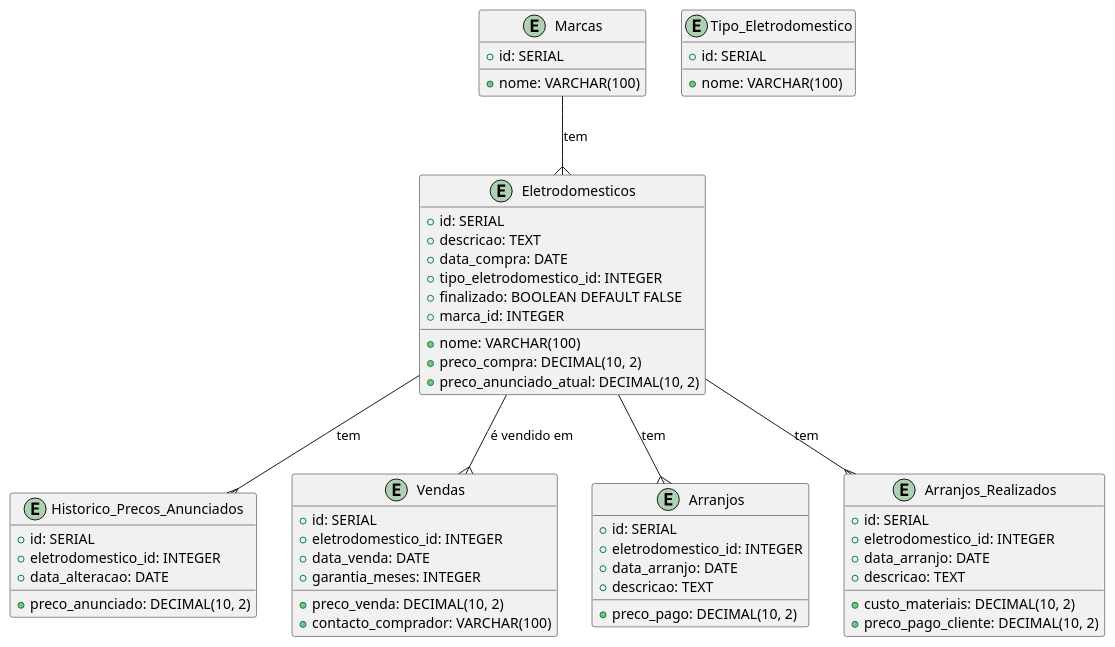
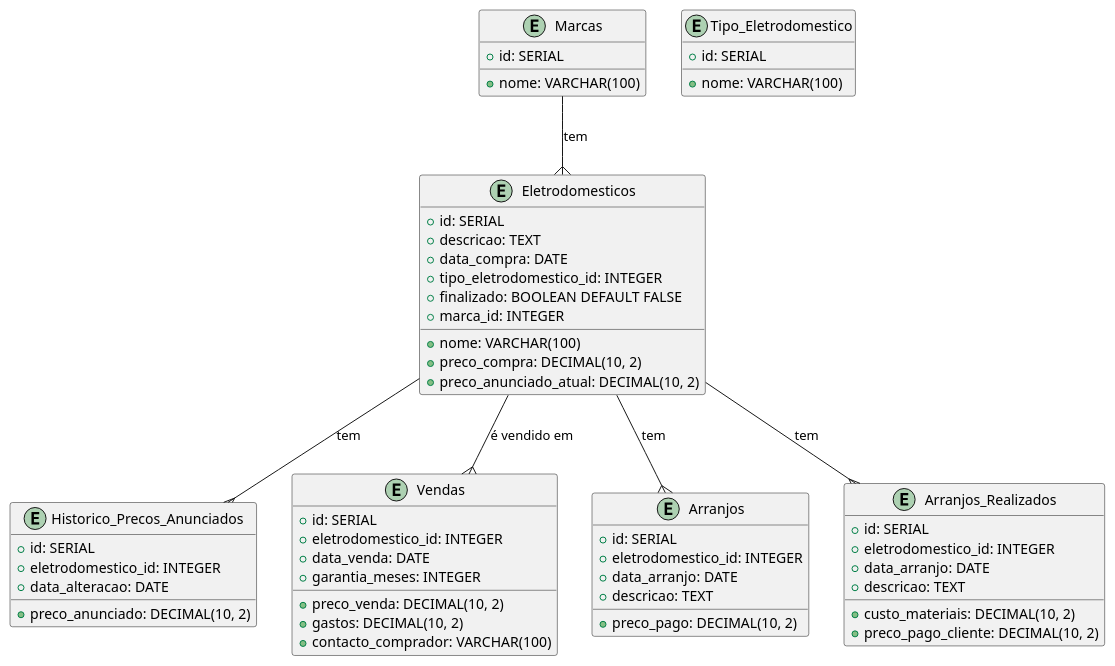
The diagram in docs/dominio/dominio.puml (1191830/machineStockControl), drawn with PlantUML before and after one commit. The commit also changed 12 other files, not shown here.

```diff
--- a/docs/dominio/dominio.puml
+++ b/docs/dominio/dominio.puml
@@ -1,64 +1,65 @@
 @startuml
 
 entity "Marcas" as M {
   +id: SERIAL
   +nome: VARCHAR(100)
 }
 
 entity "Tipo_Eletrodomestico" as T {
   +id: SERIAL
   +nome: VARCHAR(100)
 }
 
 entity "Eletrodomesticos" as E {
   +id: SERIAL
   +nome: VARCHAR(100)
   +descricao: TEXT
   +data_compra: DATE
   +preco_compra: DECIMAL(10, 2)
   +preco_anunciado_atual: DECIMAL(10, 2)
   +tipo_eletrodomestico_id: INTEGER  
   +finalizado: BOOLEAN DEFAULT FALSE
   +marca_id: INTEGER
 }
 
 entity "Historico_Precos_Anunciados" as H {
   +id: SERIAL
   +eletrodomestico_id: INTEGER
   +preco_anunciado: DECIMAL(10, 2)
   +data_alteracao: DATE
 }
 
 entity "Vendas" as V {
   +id: SERIAL
   +eletrodomestico_id: INTEGER
   +data_venda: DATE
   +preco_venda: DECIMAL(10, 2)
+  +gastos: DECIMAL(10, 2)
   +garantia_meses: INTEGER
   +contacto_comprador: VARCHAR(100)
 }
 
 entity "Arranjos" as A {
   +id: SERIAL
   +eletrodomestico_id: INTEGER
   +data_arranjo: DATE
   +descricao: TEXT
   +preco_pago: DECIMAL(10, 2)
 }
 
 entity "Arranjos_Realizados" as AR {
   +id: SERIAL
   +eletrodomestico_id: INTEGER
   +data_arranjo: DATE
   +descricao: TEXT
   +custo_materiais: DECIMAL(10, 2)
   +preco_pago_cliente: DECIMAL(10, 2)
 }
 
 M --{ E : "tem"
 E --{ H : "tem" 
 E --{ V : "é vendido em"
 E --{ A : "tem" 
 E --{ AR : "tem"
 
 @enduml
```
